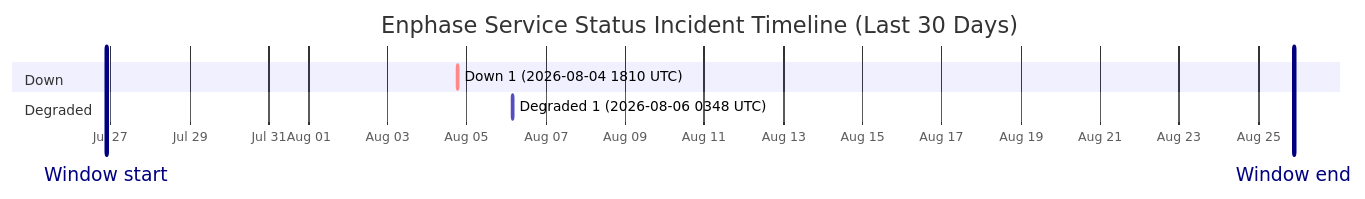
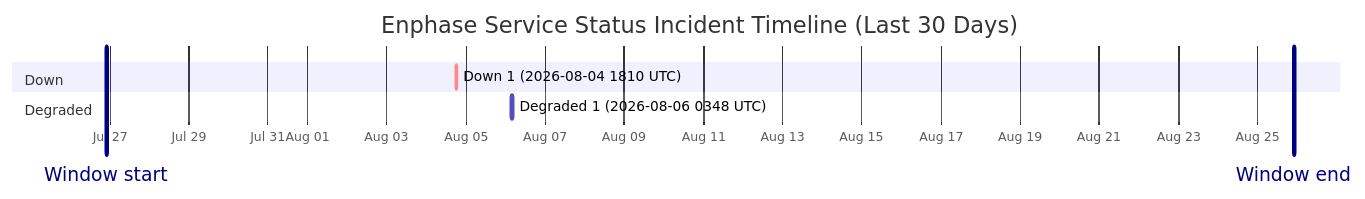
The diagram in wiki/Service-Status-History.md (barneyonline/ha-enphase-energy), drawn with Mermaid before and after one commit. The commit also changed other lines of this file and 3 other files, not shown here.

````diff
--- a/wiki/Service-Status-History.md
+++ b/wiki/Service-Status-History.md
@@ -14,12 +14,12 @@
 ```mermaid
 gantt
     title Enphase Service Status Incident Timeline (Last 30 Days)
     dateFormat  YYYY-MM-DDTHH:mm:ss
     axisFormat  %b %d
-    Window start :vert, window-start, 2026-07-26T21:25:41, 0ms
-    Window end :vert, window-end, 2026-08-25T21:25:41, 0ms
+    Window start :vert, window-start, 2026-07-26T21:53:09, 0ms
+    Window end :vert, window-end, 2026-08-25T21:53:09, 0ms
     section Down
     Down 1 (2026-08-04 1810 UTC) :crit, down-1, 2026-08-04T18:10:46, 60m
     section Degraded
     Degraded 1 (2026-08-06 0348 UTC) :active, degraded-1, 2026-08-06T03:48:14, 60m
 ```
````
